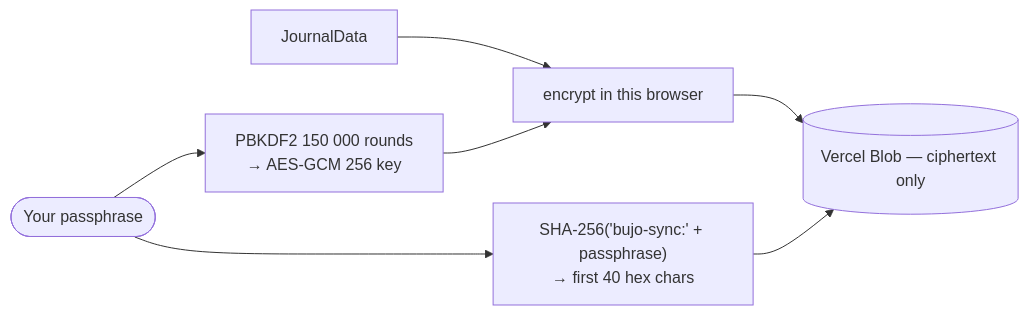
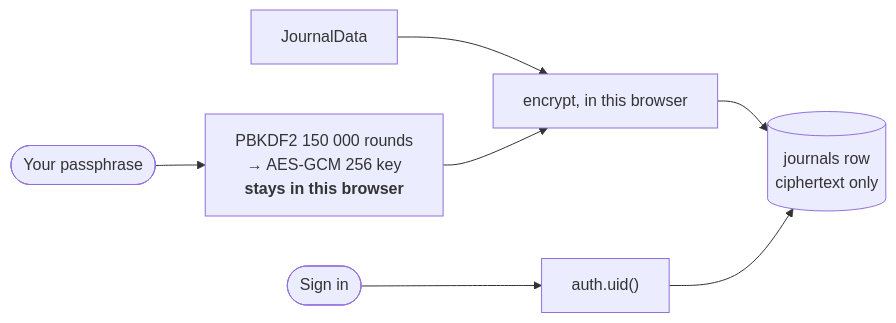
One commit to SathishKumarAI/bujo changed the diagram in docs/AUTH.md. Above: the diagram before and after it, drawn with Mermaid. The commit also changed other lines of this file and 7 other files, not shown here.

````diff
--- a/docs/AUTH.md
+++ b/docs/AUTH.md
@@ -36,9 +31,9 @@
 ```mermaid
 flowchart LR
-  pass([Your passphrase]) --> key["PBKDF2 150 000 rounds<br/>→ AES-GCM 256 key"]
-  pass --> path["SHA-256('bujo-sync:' + passphrase)<br/>→ first 40 hex chars"]
-  journal[JournalData] --> enc["encrypt in this browser"]
+  pass([Your passphrase]) --> key["PBKDF2 150 000 rounds<br/>→ AES-GCM 256 key<br/><b>stays in this browser</b>"]
+  journal[JournalData] --> enc["encrypt, in this browser"]
   key --> enc
-  enc --> blob[("Vercel Blob — ciphertext only")]
-  path --> blob
+  acct([Sign in]) --> uid["auth.uid()"]
+  enc --> row[("journals row<br/>ciphertext only")]
+  uid --> row
 ```
````
